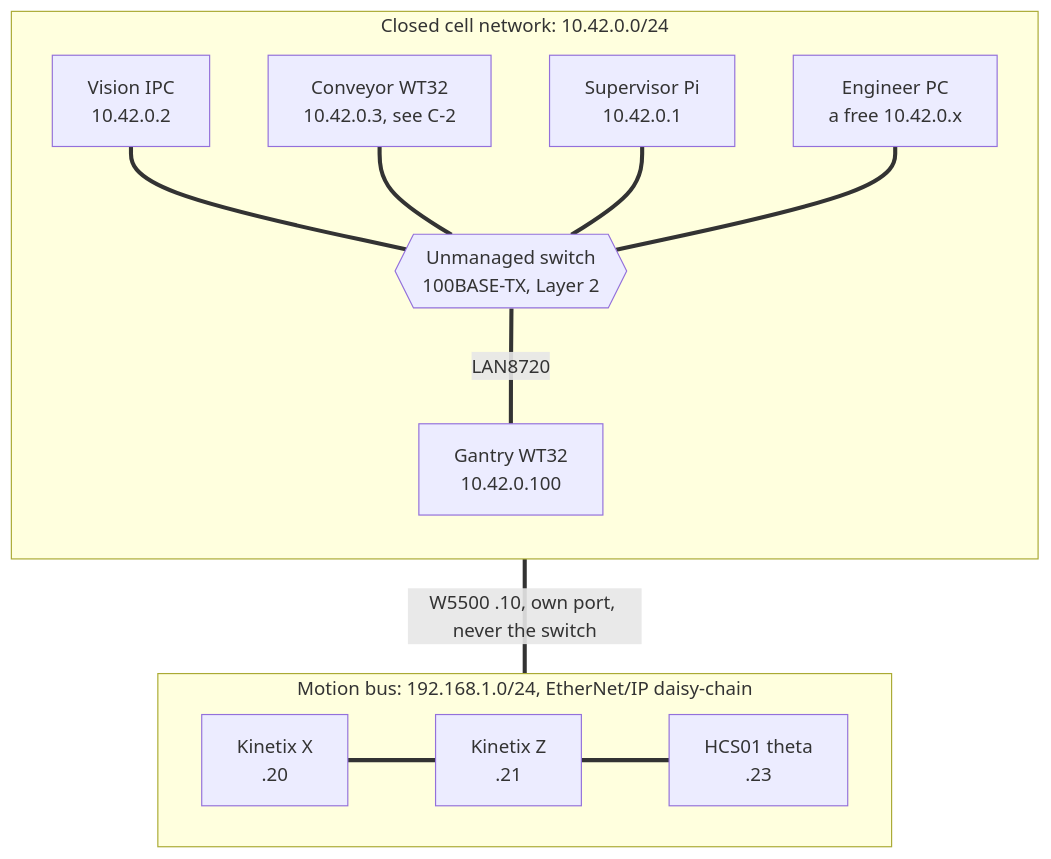
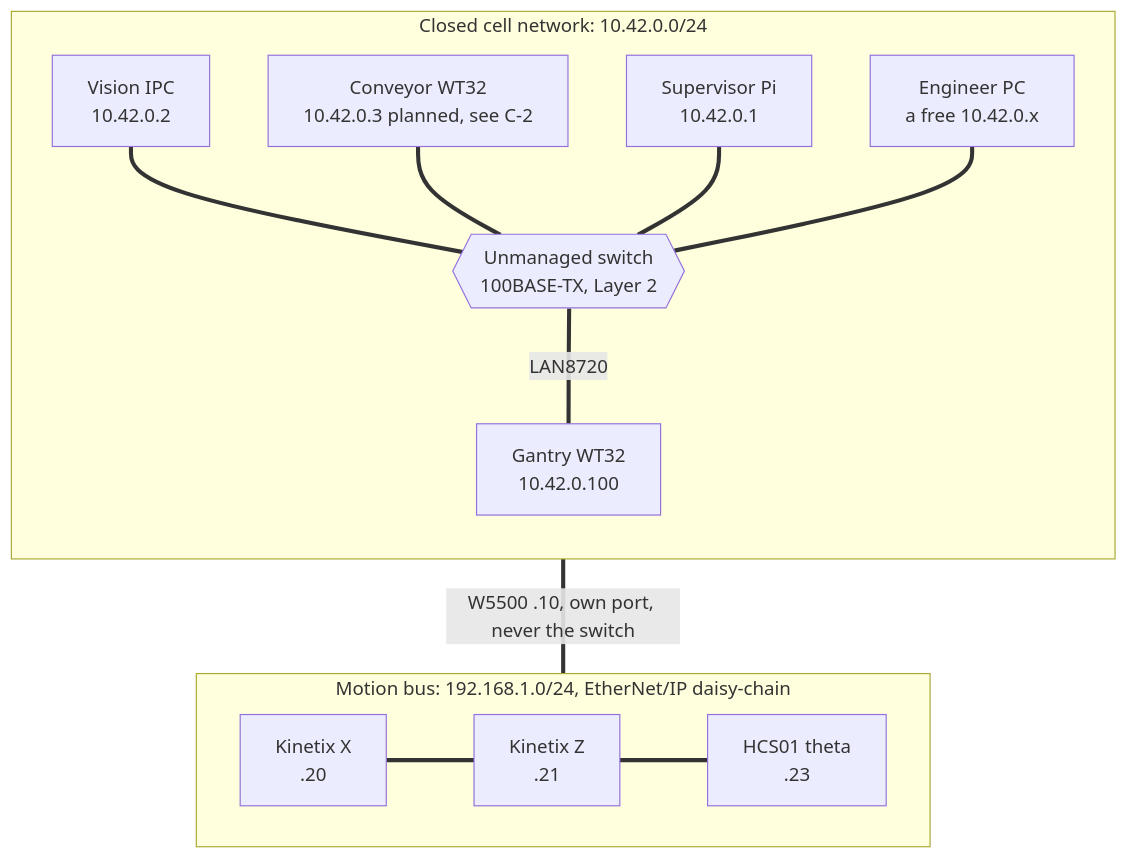
Before and after one commit to Mynderse-Research-Lab/wt32-eth01-FreeRTOS: the first of 2 diagrams in docs/KNOWLEDGE_TRANSFER.md, drawn with Mermaid. The commit also changed other lines of this file and 2 other files, not shown here.

````diff
--- a/docs/KNOWLEDGE_TRANSFER.md
+++ b/docs/KNOWLEDGE_TRANSFER.md
@@ -35,22 +26,22 @@
 ```mermaid
 flowchart TB
   subgraph cell ["Closed cell network: 10.42.0.0/24"]
     direction TB
     V["Vision IPC<br/>10.42.0.2"]
-    C["Conveyor WT32<br/>10.42.0.3, see C-2"]
+    C["Conveyor WT32<br/>10.42.0.3 planned, see C-2"]
     S["Supervisor Pi<br/>10.42.0.1"]
     E["Engineer PC<br/>a free 10.42.0.x"]
     SW{{"Unmanaged switch<br/>100BASE-TX, Layer 2"}}
     G["Gantry WT32<br/>10.42.0.100"]
     V === SW
     C === SW
     S === SW
     E === SW
     SW ===|"LAN8720"| G
   end
   subgraph bus ["Motion bus: 192.168.1.0/24, EtherNet/IP daisy-chain"]
     direction LR
     X["Kinetix X<br/>.20"] === Z["Kinetix Z<br/>.21"] === T["HCS01 theta<br/>.23"]
   end
   G ===|"W5500 .10, own port, never the switch"| X
 ```
````
